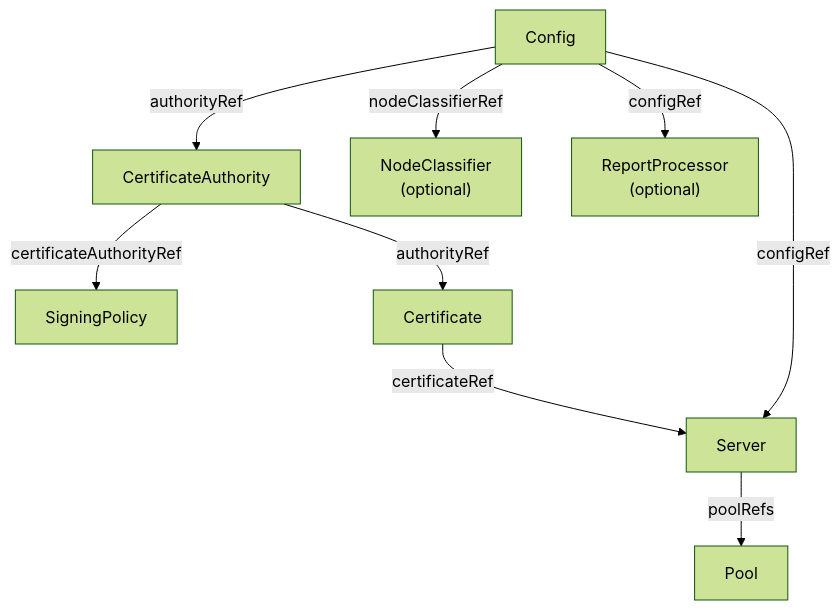
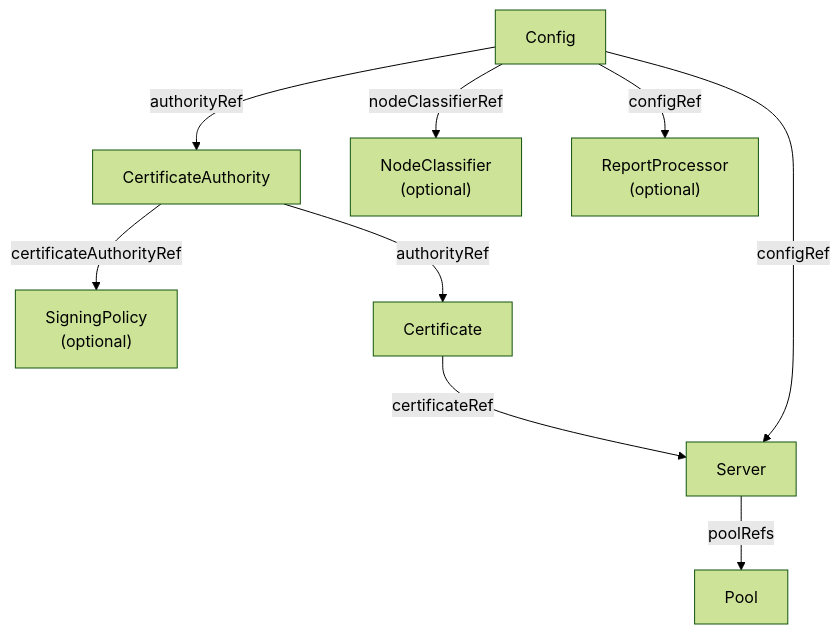
One commit to mathildabot/openvox-operator changed the first of 2 diagrams in docs/concepts/architecture.md. Above: the diagram before and after it, drawn with Mermaid (forest theme). The commit also changed other lines of this file, not shown here.

Commit message:
docs: mark SigningPolicy as optional in architecture

````diff
--- a/docs/concepts/architecture.md
+++ b/docs/concepts/architecture.md
@@ -11,19 +11,19 @@
 ```mermaid
 graph TD
     Cfg["Config"]
     CA["CertificateAuthority"]
-    SP["SigningPolicy"]
+    SP["SigningPolicy\n(optional)"]
     NC["NodeClassifier\n(optional)"]
     RP["ReportProcessor\n(optional)"]
     Cert["Certificate"]
     Srv["Server"]
     Pool["Pool"]
     Cfg -->|authorityRef| CA
     Cfg -->|nodeClassifierRef| NC
     CA -->|certificateAuthorityRef| SP
     CA -->|authorityRef| Cert
     Cert -->|certificateRef| Srv
     Cfg -->|configRef| Srv
     Cfg -->|configRef| RP
     Srv -->|poolRefs| Pool
 ```
````
